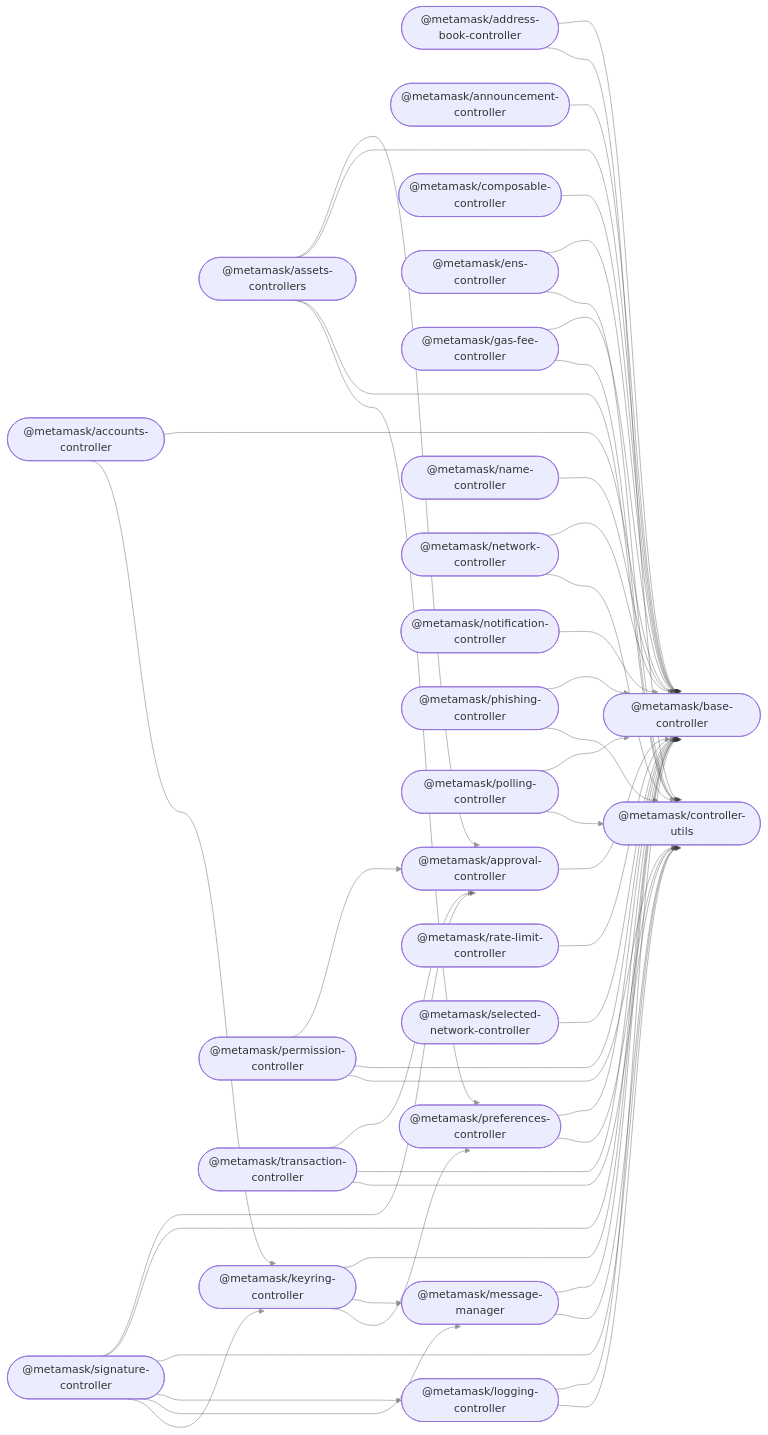
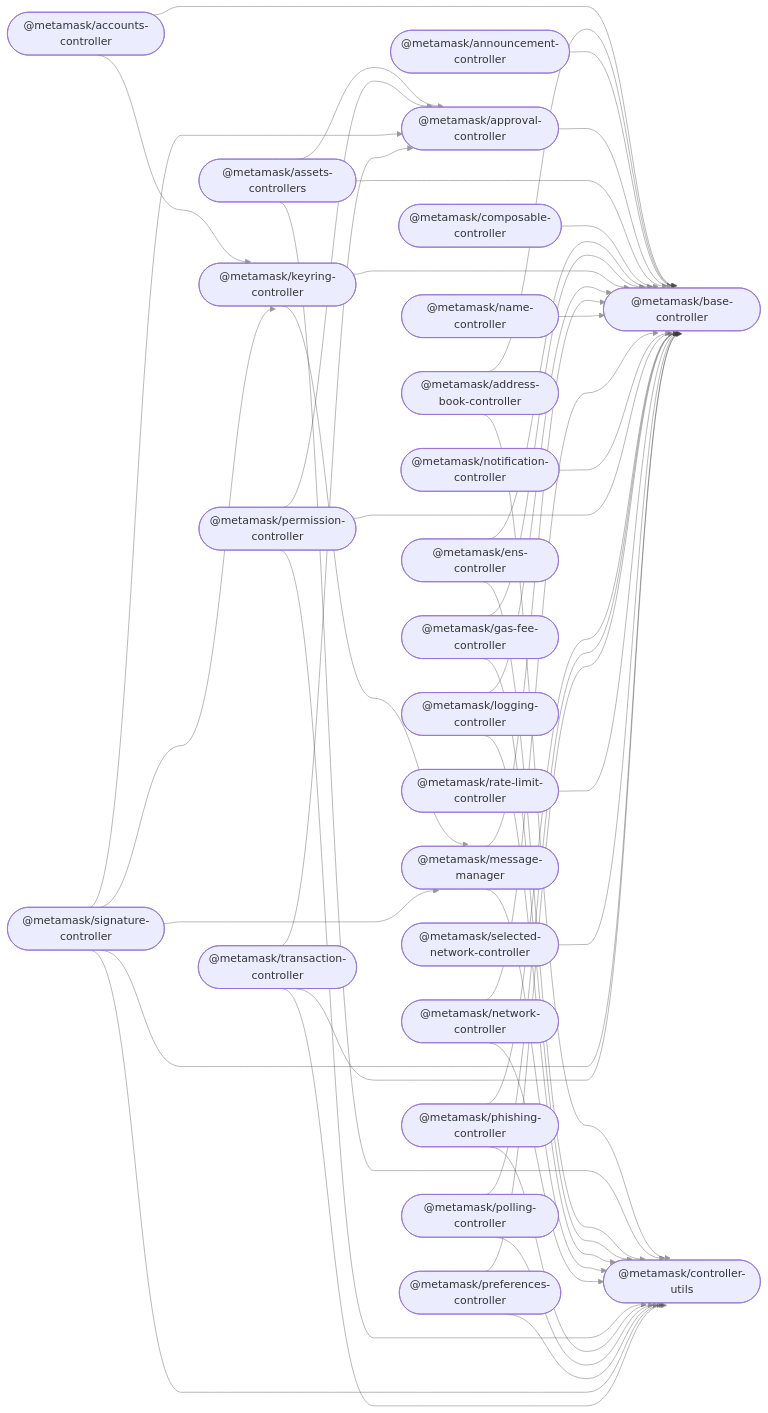
The diagram in README.md (MetaMask/core), drawn with Mermaid before and after one commit. The commit also changed 29 other files, not shown here.

````diff
--- a/README.md
+++ b/README.md
@@ -35,75 +35,72 @@
 ``` mermaid
 %%{ init: { 'flowchart': { 'curve': 'bumpX' } } }%%
 graph LR;
 linkStyle default opacity:0.5
   accounts_controller(["@metamask/accounts-controller"]);
   address_book_controller(["@metamask/address-book-controller"]);
   announcement_controller(["@metamask/announcement-controller"]);
   approval_controller(["@metamask/approval-controller"]);
   assets_controllers(["@metamask/assets-controllers"]);
   base_controller(["@metamask/base-controller"]);
   composable_controller(["@metamask/composable-controller"]);
   controller_utils(["@metamask/controller-utils"]);
   ens_controller(["@metamask/ens-controller"]);
   gas_fee_controller(["@metamask/gas-fee-controller"]);
   keyring_controller(["@metamask/keyring-controller"]);
   logging_controller(["@metamask/logging-controller"]);
   message_manager(["@metamask/message-manager"]);
   name_controller(["@metamask/name-controller"]);
   network_controller(["@metamask/network-controller"]);
   notification_controller(["@metamask/notification-controller"]);
   permission_controller(["@metamask/permission-controller"]);
   phishing_controller(["@metamask/phishing-controller"]);
   polling_controller(["@metamask/polling-controller"]);
   preferences_controller(["@metamask/preferences-controller"]);
   rate_limit_controller(["@metamask/rate-limit-controller"]);
   selected_network_controller(["@metamask/selected-network-controller"]);
   signature_controller(["@metamask/signature-controller"]);
   transaction_controller(["@metamask/transaction-controller"]);
   accounts_controller --> base_controller;
   accounts_controller --> keyring_controller;
   address_book_controller --> base_controller;
   address_book_controller --> controller_utils;
   announcement_controller --> base_controller;
   approval_controller --> base_controller;
   assets_controllers --> approval_controller;
   assets_controllers --> base_controller;
   assets_controllers --> controller_utils;
-  assets_controllers --> preferences_controller;
   composable_controller --> base_controller;
   ens_controller --> base_controller;
   ens_controller --> controller_utils;
   gas_fee_controller --> base_controller;
   gas_fee_controller --> controller_utils;
   keyring_controller --> base_controller;
   keyring_controller --> message_manager;
-  keyring_controller --> preferences_controller;
   logging_controller --> base_controller;
   logging_controller --> controller_utils;
   message_manager --> base_controller;
   message_manager --> controller_utils;
   name_controller --> base_controller;
   network_controller --> base_controller;
   network_controller --> controller_utils;
   notification_controller --> base_controller;
   permission_controller --> approval_controller;
   permission_controller --> base_controller;
   permission_controller --> controller_utils;
   phishing_controller --> base_controller;
   phishing_controller --> controller_utils;
   polling_controller --> base_controller;
   polling_controller --> controller_utils;
   preferences_controller --> base_controller;
   preferences_controller --> controller_utils;
   rate_limit_controller --> base_controller;
   selected_network_controller --> base_controller;
   signature_controller --> approval_controller;
   signature_controller --> base_controller;
   signature_controller --> controller_utils;
-  signature_controller --> logging_controller;
   signature_controller --> message_manager;
   signature_controller --> keyring_controller;
   transaction_controller --> approval_controller;
   transaction_controller --> base_controller;
   transaction_controller --> controller_utils;
 ```
````
